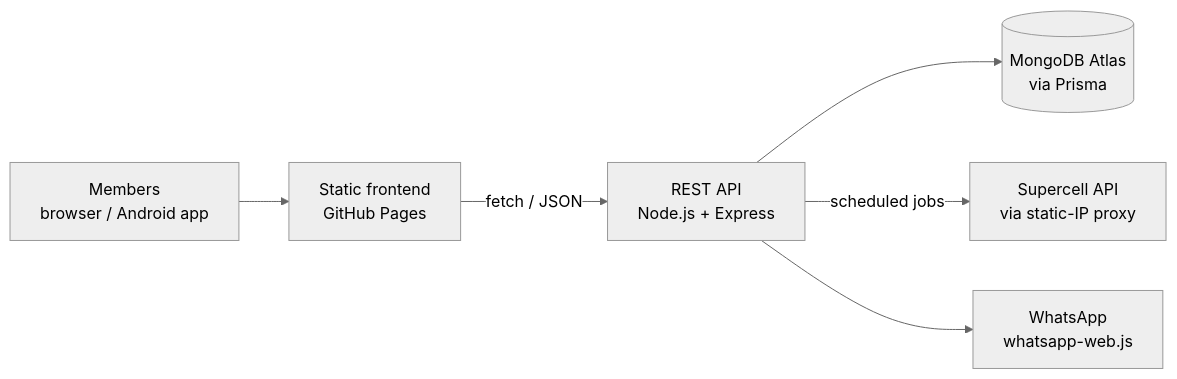
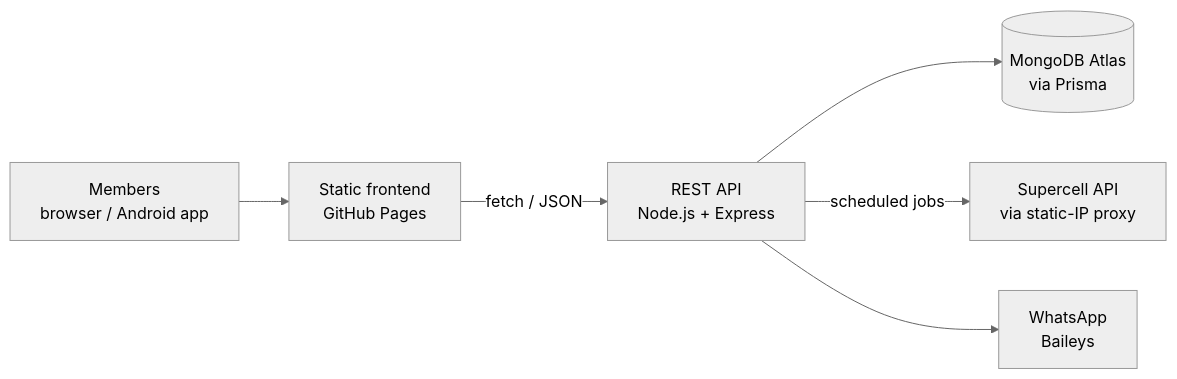
Before and after one commit to clashcitybr/clashcitybr.github.io: the diagram in README.md, drawn with Mermaid (neutral theme). The commit also changed other lines of this file, not shown here.

Commit message:
Fix WhatsApp library name in README

````diff
--- a/README.md
+++ b/README.md
@@ -37,8 +37,8 @@
 ```mermaid
 flowchart LR
     U[Members<br/>browser / Android app] --> F[Static frontend<br/>GitHub Pages]
     F -- fetch / JSON --> A[REST API<br/>Node.js + Express]
     A --> D[(MongoDB Atlas<br/>via Prisma)]
     A -- scheduled jobs --> S[Supercell API<br/>via static-IP proxy]
-    A --> W[WhatsApp<br/>whatsapp-web.js]
+    A --> W[WhatsApp<br/>Baileys]
 ```
````
